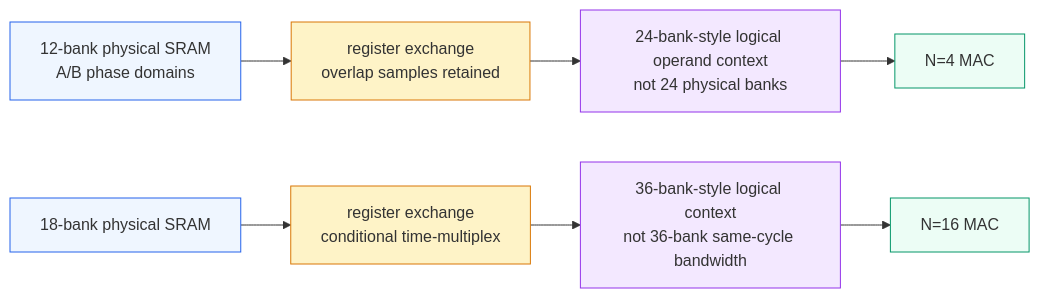
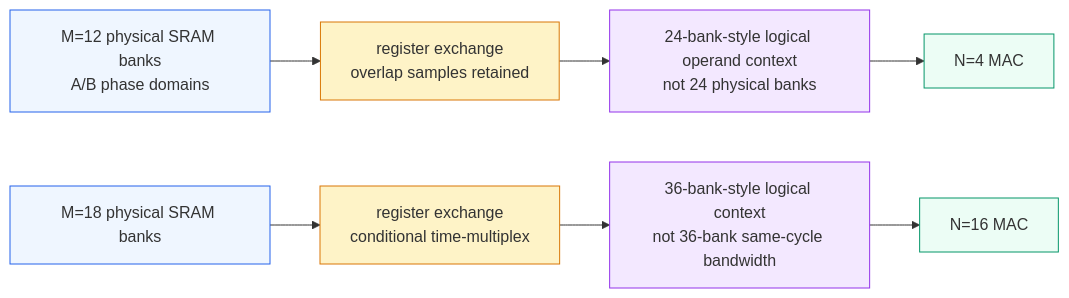
Before and after one commit to HN19781124/banked-stencil-multicast: the fourth of 8 diagrams in README.md, drawn with Mermaid. The commit also changed other lines of this file and 36 other files, not shown here.

````diff
--- a/README.md
+++ b/README.md
@@ -509,19 +509,19 @@
 ```mermaid
 flowchart LR
-    S12["12-bank physical SRAM<br/>A/B phase domains"] --> R12["register exchange<br/>overlap samples retained"]
+    S12["M=12 physical SRAM banks<br/>A/B phase domains"] --> R12["register exchange<br/>overlap samples retained"]
     R12 --> C12["24-bank-style logical operand context<br/>not 24 physical banks"]
-    C12 --> M4["N=4 MAC"]
+    C12 --> MAC4["N=4 MAC"]
 
-    S18["18-bank physical SRAM"] --> R18["register exchange<br/>conditional time-multiplex"]
+    S18["M=18 physical SRAM banks"] --> R18["register exchange<br/>conditional time-multiplex"]
     R18 --> C18["36-bank-style logical context<br/>not 36-bank same-cycle bandwidth"]
-    C18 --> M16["N=16 MAC"]
+    C18 --> MAC16["N=16 MAC"]
 
     classDef mem fill:#eff6ff,stroke:#2563eb,stroke-width:1px;
     classDef reg fill:#fef3c7,stroke:#d97706,stroke-width:1px;
     classDef context fill:#f3e8ff,stroke:#9333ea,stroke-width:1px;
     classDef mac fill:#ecfdf5,stroke:#059669,stroke-width:1px;
     class S12,S18 mem;
     class R12,R18 reg;
     class C12,C18 context;
-    class M4,M16 mac;
+    class MAC4,MAC16 mac;
 ```
````
